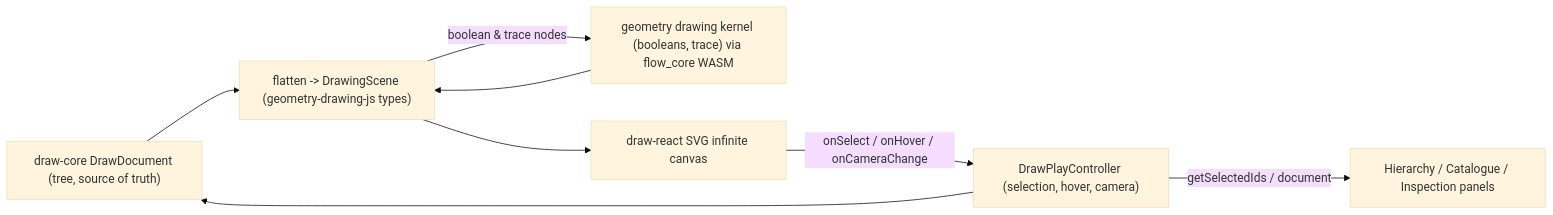
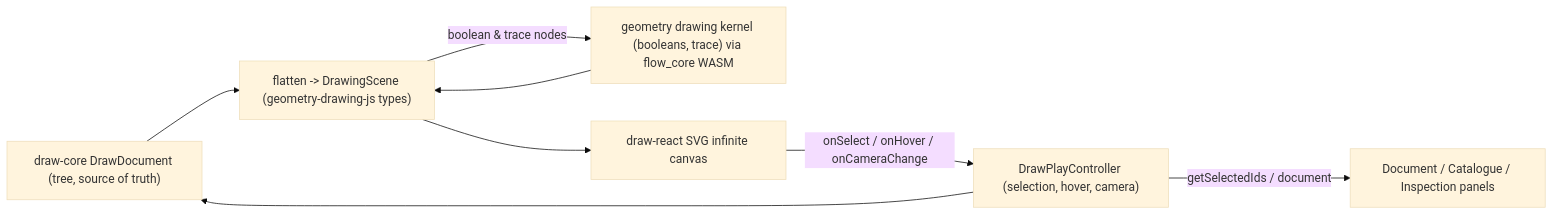
One commit to usalu/semio changed the diagram in .repo/🎫/26/06/30/DRAW-TECHNOLOGY-COMPLETENESS-PASS/draw_vector_technology_8ac78722.plan.md. Above: the diagram before and after it, drawn with Mermaid (base theme). The commit also changed other lines of this file and 670 other files, not shown here.

````diff
--- a/.repo/🎫/26/06/30/DRAW-TECHNOLOGY-COMPLETENESS-PASS/draw_vector_technology_8ac78722.plan.md
+++ b/.repo/🎫/26/06/30/DRAW-TECHNOLOGY-COMPLETENESS-PASS/draw_vector_technology_8ac78722.plan.md
@@ -44,15 +44,15 @@
 ```mermaid
 flowchart LR
   doc["draw-core DrawDocument (tree, source of truth)"]
   flat["flatten -> DrawingScene (geometry-drawing-js types)"]
   kernel["geometry drawing kernel (booleans, trace) via flow_core WASM"]
   svg["draw-react SVG infinite canvas"]
   ctrl["DrawPlayController (selection, hover, camera)"]
-  panels["Hierarchy / Catalogue / Inspection panels"]
+  panels["Document / Catalogue / Inspection panels"]
 
   doc --> flat --> svg
   flat -->|"boolean & trace nodes"| kernel --> flat
   svg -->|"onSelect / onHover / onCameraChange"| ctrl
   ctrl -->|"getSelectedIds / document"| panels
   ctrl --> doc
 ```
````
